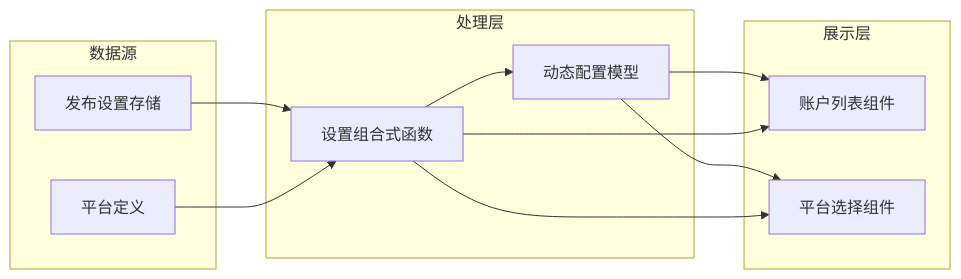
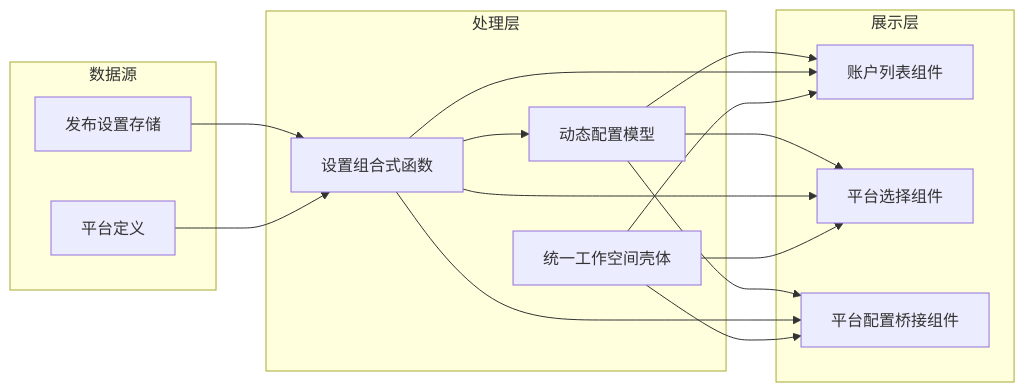
One commit to terwer/siyuan-plugin-publisher changed the ninth of 9 diagrams in .qoder/repowiki/zh/content/V2 Account List Component.md. Above: the diagram before and after it, drawn with Mermaid. The commit also changed other lines of this file and 27 other files, not shown here.

First line of the commit message:
feat(commonblog): add common blog setting component for platform config

````diff
--- a/.qoder/repowiki/zh/content/V2 Account List Component.md
+++ b/.qoder/repowiki/zh/content/V2 Account List Component.md
@@ -412,22 +403,29 @@
 ```mermaid
 flowchart LR
 subgraph "数据源"
 Store[发布设置存储]
 Platform[平台定义]
 end
 subgraph "处理层"
 useV2Settings[设置组合式函数]
 dynamicConfig[动态配置模型]
+UnifiedWorkspaceShell[统一工作空间壳体]
 end
 subgraph "展示层"
 V2AccountList[账户列表组件]
 V2PlatformSelect[平台选择组件]
+V2PlatformConfigBridge[平台配置桥接组件]
 end
 Store --> useV2Settings
 Platform --> useV2Settings
 useV2Settings --> dynamicConfig
 dynamicConfig --> V2AccountList
 dynamicConfig --> V2PlatformSelect
+dynamicConfig --> V2PlatformConfigBridge
 useV2Settings --> V2AccountList
 useV2Settings --> V2PlatformSelect
+useV2Settings --> V2PlatformConfigBridge
+UnifiedWorkspaceShell --> V2AccountList
+UnifiedWorkspaceShell --> V2PlatformSelect
+UnifiedWorkspaceShell --> V2PlatformConfigBridge
 ```
````
